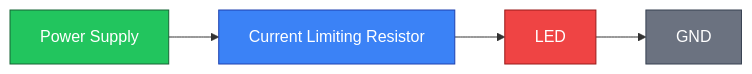
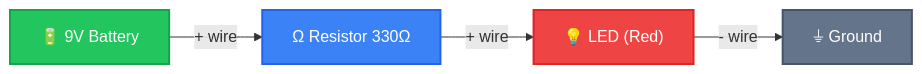
One commit to fakhir00/circuit-diagram-maker changed the first of 3 diagrams in src/content/blog/en/simple-led-driver-circuit.md. Above: the diagram before and after it, drawn with Mermaid. The commit also changed other lines of this file and 1 other file, not shown here.

````diff
--- a/src/content/blog/en/simple-led-driver-circuit.md
+++ b/src/content/blog/en/simple-led-driver-circuit.md
@@ -18,11 +14,11 @@
 ```mermaid
 flowchart LR
-    A[Power Supply] --> B[Current Limiting Resistor]
-    B --> C[LED]
-    C --> D[GND]
+    A["🔋 9V Battery"] -->|"+ wire"| B["Ω Resistor 330Ω"]
+    B -->|"+ wire"| C["💡 LED (Red)"]
+    C -->|"- wire"| D["⏚ Ground"]
     
-    style A fill:#22c55e,stroke:#166534,color:#fff
-    style B fill:#3b82f6,stroke:#1e40af,color:#fff
-    style C fill:#ef4444,stroke:#991b1b,color:#fff
-    style D fill:#6b7280,stroke:#374151,color:#fff
+    style A fill:#22c55e,stroke:#16a34a,color:#fff,stroke-width:2px
+    style B fill:#3b82f6,stroke:#2563eb,color:#fff,stroke-width:2px
+    style C fill:#ef4444,stroke:#dc2626,color:#fff,stroke-width:2px
+    style D fill:#64748b,stroke:#475569,color:#fff,stroke-width:2px
 ```
````
